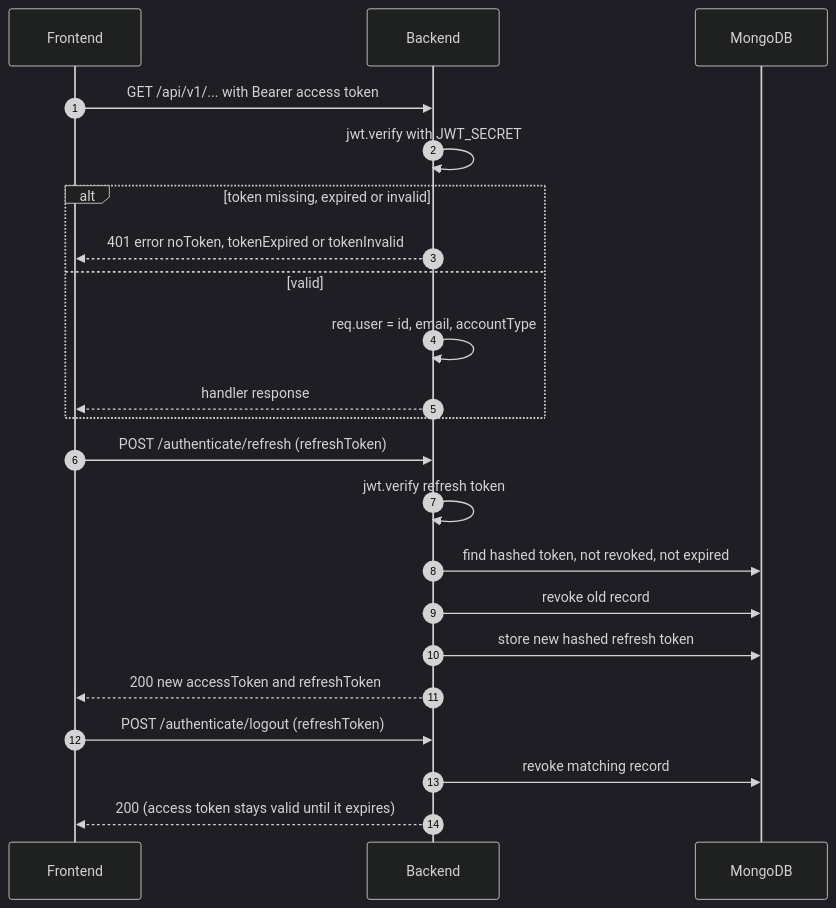
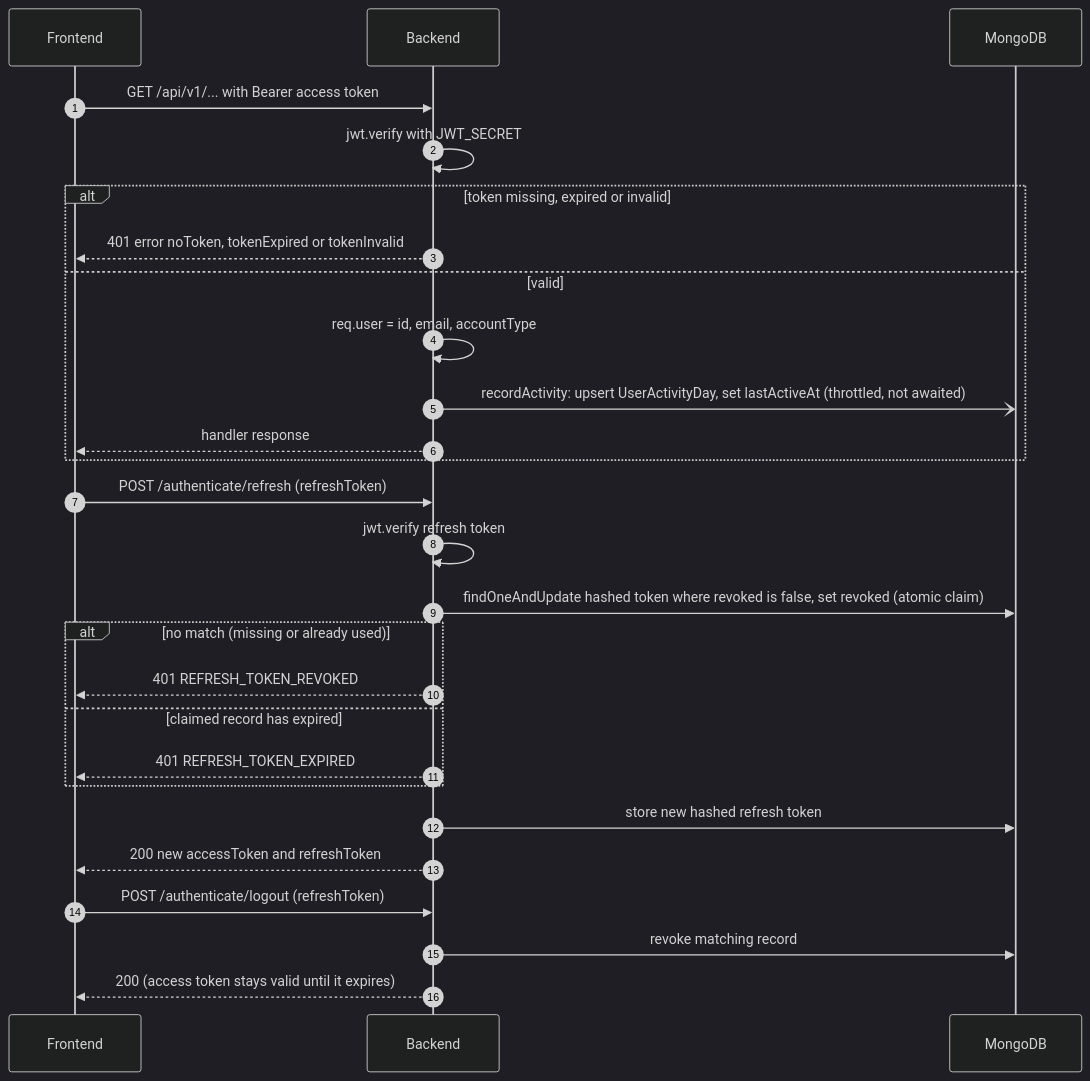
One commit to AskAide-AI/docs changed the seventh of 17 diagrams in docs/backend/lld.md. Above: the diagram before and after it, drawn with Mermaid (dark theme). The commit also changed other lines of this file and 46 other files, not shown here.

````diff
--- a/docs/backend/lld.md
+++ b/docs/backend/lld.md
@@ -622,24 +744,29 @@
 ```mermaid
 sequenceDiagram
     autonumber
     participant FE as Frontend
     participant BE as Backend
     participant DB as MongoDB
     FE->>BE: GET /api/v1/... with Bearer access token
     BE->>BE: jwt.verify with JWT_SECRET
     alt token missing, expired or invalid
         BE-->>FE: 401 error noToken, tokenExpired or tokenInvalid
     else valid
         BE->>BE: req.user = id, email, accountType
+        BE-)DB: recordActivity: upsert UserActivityDay, set lastActiveAt (throttled, not awaited)
         BE-->>FE: handler response
     end
     FE->>BE: POST /authenticate/refresh (refreshToken)
     BE->>BE: jwt.verify refresh token
-    BE->>DB: find hashed token, not revoked, not expired
-    BE->>DB: revoke old record
+    BE->>DB: findOneAndUpdate hashed token where revoked is false, set revoked (atomic claim)
+    alt no match (missing or already used)
+        BE-->>FE: 401 REFRESH_TOKEN_REVOKED
+    else claimed record has expired
+        BE-->>FE: 401 REFRESH_TOKEN_EXPIRED
+    end
     BE->>DB: store new hashed refresh token
     BE-->>FE: 200 new accessToken and refreshToken
     FE->>BE: POST /authenticate/logout (refreshToken)
     BE->>DB: revoke matching record
     BE-->>FE: 200 (access token stays valid until it expires)
 ```
````
